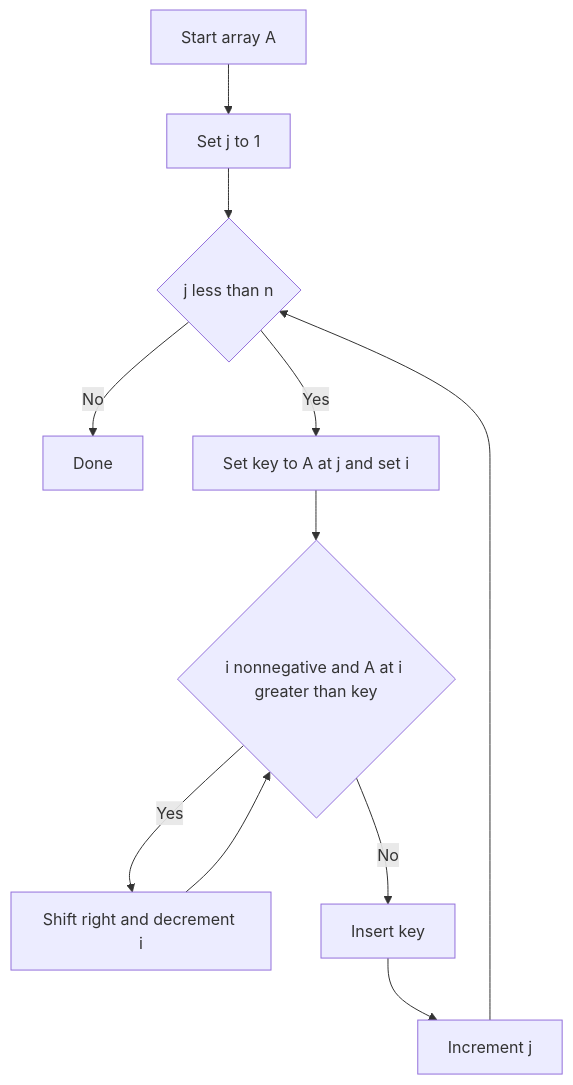
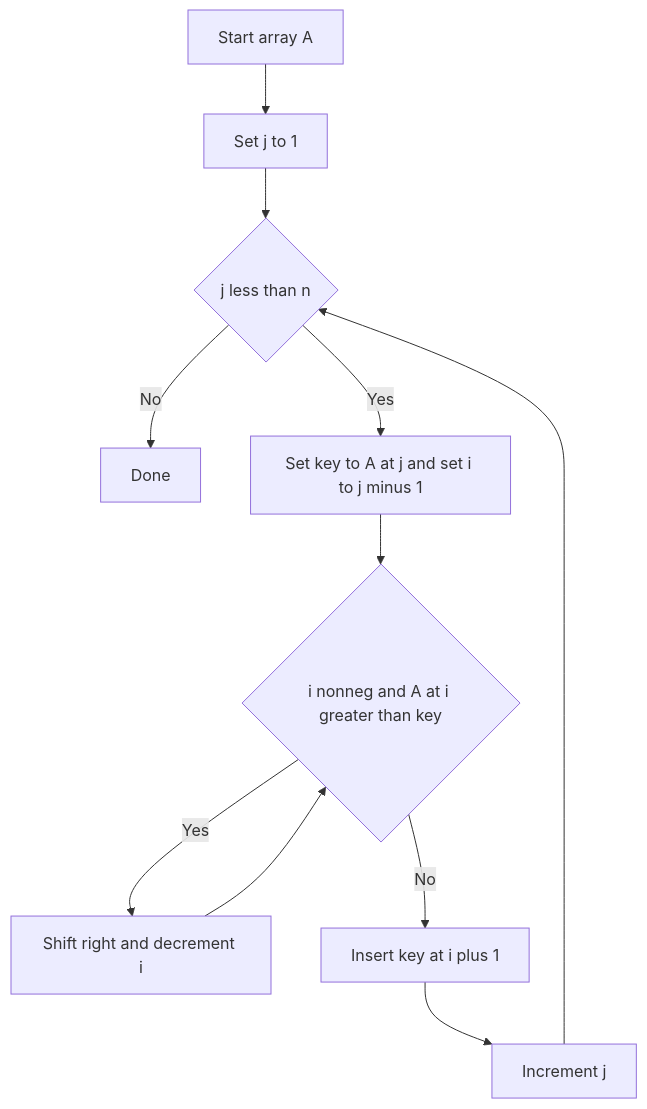
Before and after one commit to grafanaKibana/devbook.zip: the diagram in Vault/Software Engineering/02 Computer Science/Algorithms/Sorting Algorithms/Insertion Sort.md, drawn with Mermaid. The commit also changed other lines of this file and 25 other files, not shown here.

````diff
--- a/Vault/Software Engineering/02 Computer Science/Algorithms/Sorting Algorithms/Insertion Sort.md
+++ b/Vault/Software Engineering/02 Computer Science/Algorithms/Sorting Algorithms/Insertion Sort.md
@@ -27,13 +20,13 @@
 ```mermaid
 graph TD
   A[Start array A] --> B[Set j to 1]
   B --> C{j less than n}
   C -->|No| Z[Done]
-  C -->|Yes| D[Set key to A at j and set i]
-  D --> E{i nonnegative and A at i greater than key}
+  C -->|Yes| D[Set key to A at j and set i to j minus 1]
+  D --> E{i nonneg and A at i greater than key}
   E -->|Yes| F[Shift right and decrement i]
   F --> E
-  E -->|No| G[Insert key]
+  E -->|No| G[Insert key at i plus 1]
   G --> H[Increment j]
   H --> C
 ```
````
